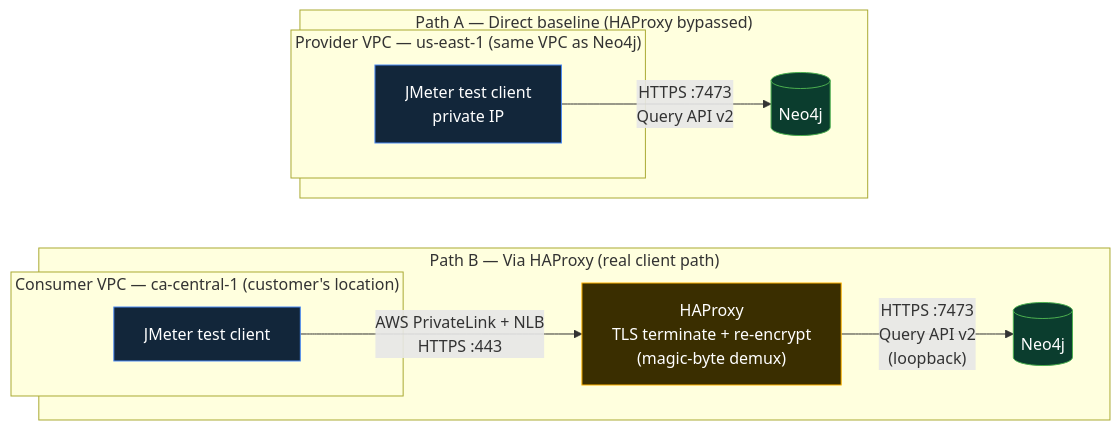
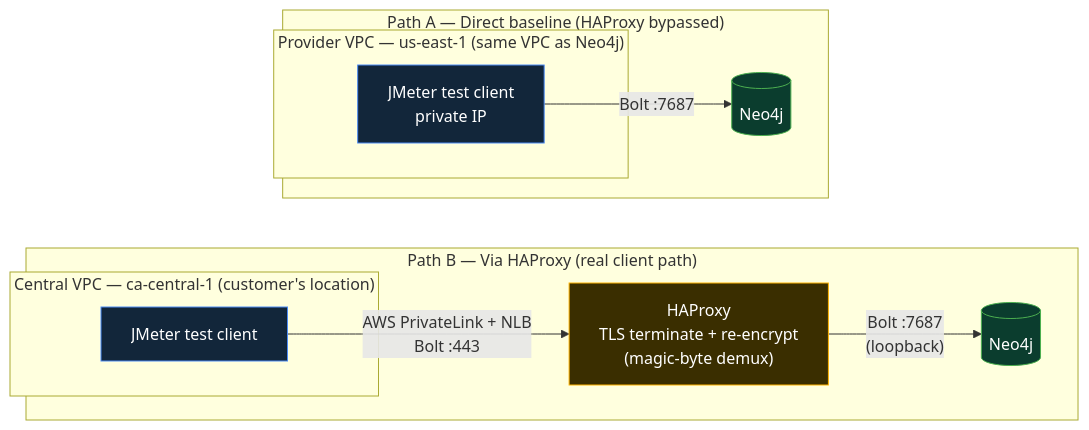
Before and after one commit to neo4j-field/neo4j-aws-privatelink-443: the diagram in performance-testing/README.md, drawn with Mermaid. The commit also changed other lines of this file and 5 other files, not shown here.

````diff
--- a/performance-testing/README.md
+++ b/performance-testing/README.md
@@ -19,27 +21,27 @@
 ```mermaid
 flowchart TB
     subgraph PathA["Path A — Direct baseline (HAProxy bypassed)"]
         direction LR
         subgraph PathA_Loc["Provider VPC — us-east-1 (same VPC as Neo4j)"]
             C1["JMeter test client<br/>private IP"]
         end
-        C1 -->|"HTTPS :7473<br/>Query API v2"| N1[("Neo4j")]
+        C1 -->|"Bolt :7687"| N1[("Neo4j")]
     end
 
     subgraph PathB["Path B — Via HAProxy (real client path)"]
         direction LR
-        subgraph PathB_Loc["Consumer VPC — ca-central-1 (customer's location)"]
+        subgraph PathB_Loc["Central VPC — ca-central-1 (customer's location)"]
             C2["JMeter test client"]
         end
-        C2 -->|"AWS PrivateLink + NLB<br/>HTTPS :443"| H["HAProxy<br/>TLS terminate + re-encrypt<br/>(magic-byte demux)"]
-        H -->|"HTTPS :7473<br/>Query API v2<br/>(loopback)"| N2[("Neo4j")]
+        C2 -->|"AWS PrivateLink + NLB<br/>Bolt :443"| H["HAProxy<br/>TLS terminate + re-encrypt<br/>(magic-byte demux)"]
+        H -->|"Bolt :7687<br/>(loopback)"| N2[("Neo4j")]
     end
 
     PathA ~~~ PathB
 
     style N1 fill:#0B3D2E,stroke:#4CAF50,color:#fff
     style N2 fill:#0B3D2E,stroke:#4CAF50,color:#fff
     style H fill:#3A2E00,stroke:#FFB300,color:#fff
     style C1 fill:#12263A,stroke:#4C8BF5,color:#fff
     style C2 fill:#12263A,stroke:#4C8BF5,color:#fff
 ```
````
